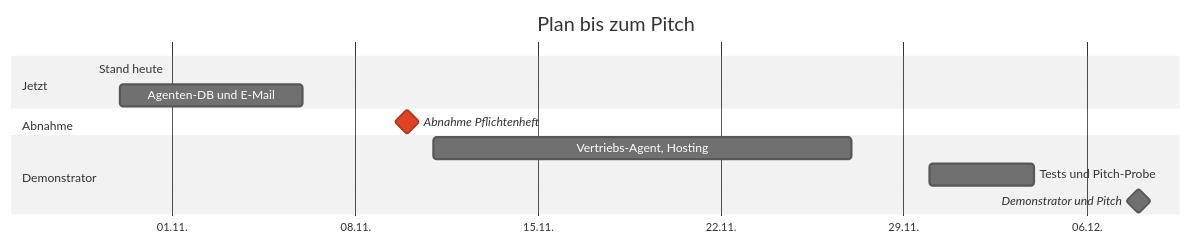
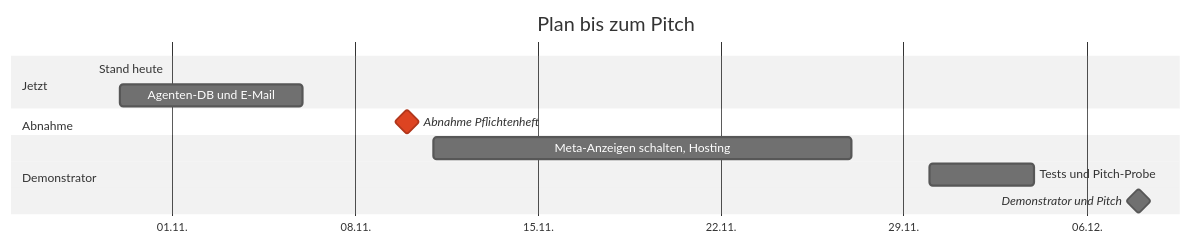
Before and after one commit to lukasbosser-cmyk/hostwise-wissen: the second of 2 diagrams in 01 Projekt/Pflichtenheft.md, drawn with Mermaid (neutral theme). The commit also changed other lines of this file and 3 other files, not shown here.

First line of the commit message:
Vertriebs-Agent dokumentieren: Pflichtenheft, Entscheidungen, engine, Tools

````diff
--- a/01 Projekt/Pflichtenheft.md
+++ b/01 Projekt/Pflichtenheft.md
@@ -284,15 +295,15 @@
 ```mermaid
 gantt
   title Plan bis zum Pitch
   dateFormat YYYY-MM-DD
   axisFormat %d.%m.
   section Jetzt
   Stand heute: Grundgerüst      :milestone, 2026-10-29, 0d
   Agenten-DB und E-Mail          :2026-10-30, 2026-11-06
   section Abnahme
   Abnahme Pflichtenheft          :crit, milestone, 2026-11-10, 0d
   section Demonstrator
-  Vertriebs-Agent, Hosting       :2026-11-11, 2026-11-27
+  Meta-Anzeigen schalten, Hosting :2026-11-11, 2026-11-27
   Tests und Pitch-Probe          :2026-11-30, 2026-12-04
   Demonstrator und Pitch         :milestone, 2026-12-08, 0d
 ```
````
